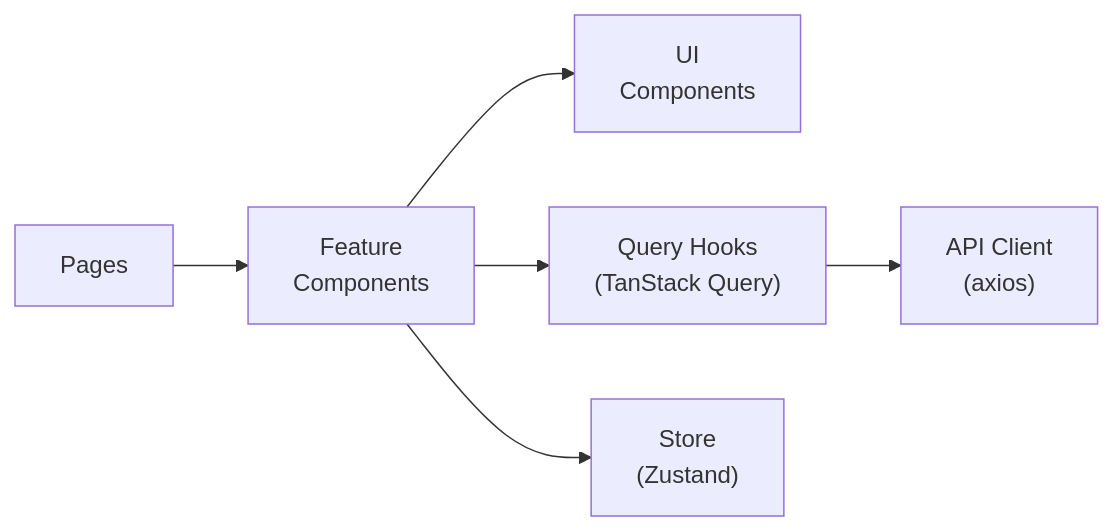
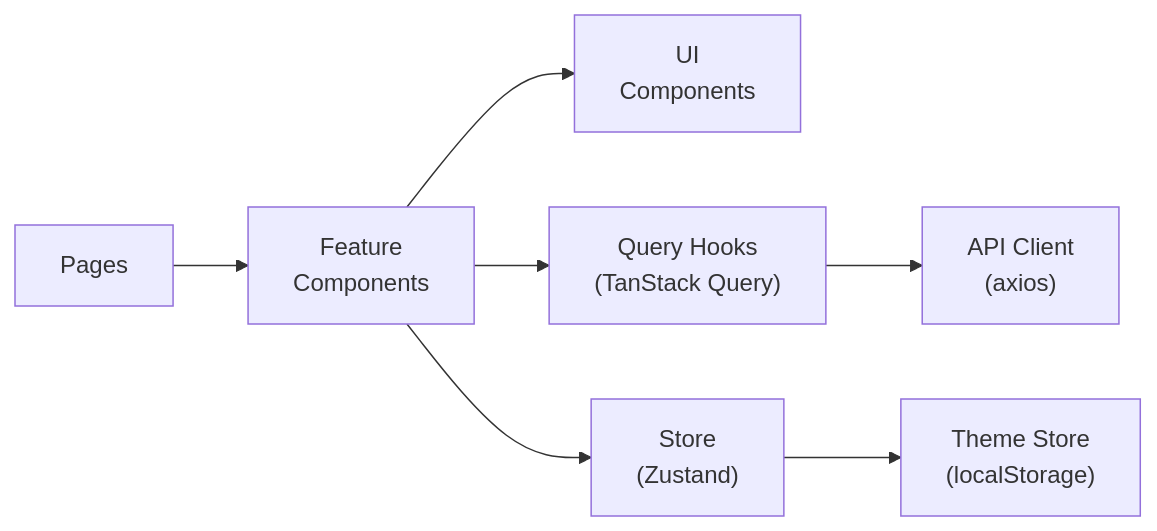
The third of 8 diagrams in docs/5-arch-diagram.md (jundan905/todolist-app), drawn with Mermaid before and after one commit. The commit also changed other lines of this file and 11 other files, not shown here.

````diff
--- a/docs/5-arch-diagram.md
+++ b/docs/5-arch-diagram.md
@@ -44,8 +44,9 @@
 ```mermaid
 graph LR
     Pages --> FeatureComponents["Feature\nComponents"]
     FeatureComponents --> UIComponents["UI\nComponents"]
     FeatureComponents --> QueryHooks["Query Hooks\n(TanStack Query)"]
     FeatureComponents --> Store["Store\n(Zustand)"]
     QueryHooks --> APIClient["API Client\n(axios)"]
+    Store --> ThemeStore["Theme Store\n(localStorage)"]
 ```
````
